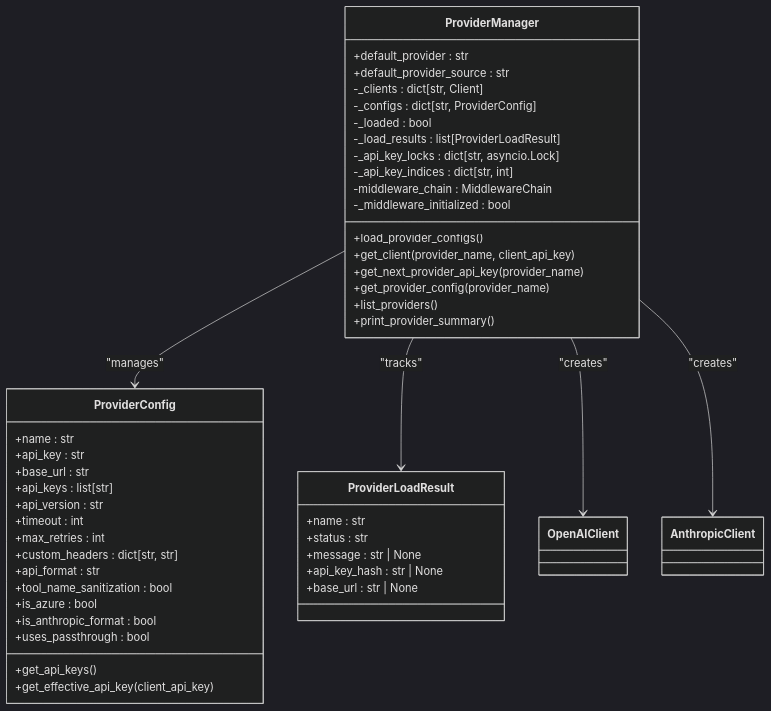
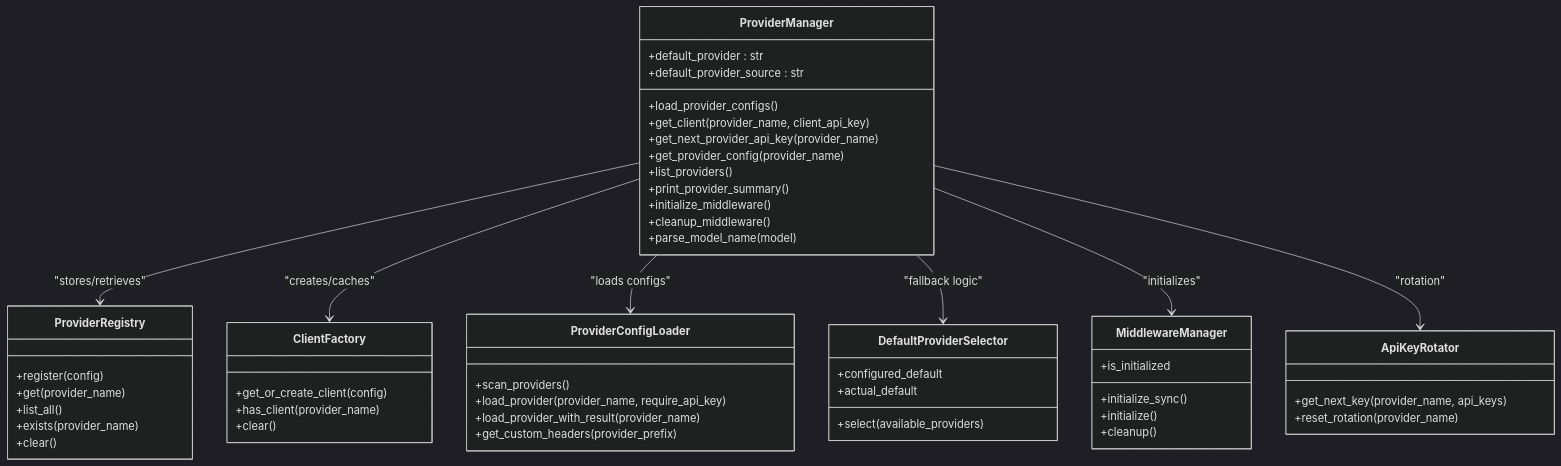
Before and after one commit to CedarVerse/vandamme-proxy: the first of 8 diagrams in .qoder/repowiki/en/content/Core Features/Multi-Provider Support.md, drawn with Mermaid (dark theme). The commit also changed other lines of this file and 9 other files, not shown here.

````diff
--- a/.qoder/repowiki/en/content/Core Features/Multi-Provider Support.md
+++ b/.qoder/repowiki/en/content/Core Features/Multi-Provider Support.md
@@ -39,49 +65,55 @@
 ```mermaid
 classDiagram
 class ProviderManager {
 +default_provider : str
 +default_provider_source : str
--_clients : dict[str, Client]
--_configs : dict[str, ProviderConfig]
--_loaded : bool
--_load_results : list[ProviderLoadResult]
--_api_key_locks : dict[str, asyncio.Lock]
--_api_key_indices : dict[str, int]
--middleware_chain : MiddlewareChain
--_middleware_initialized : bool
 +load_provider_configs()
 +get_client(provider_name, client_api_key)
 +get_next_provider_api_key(provider_name)
 +get_provider_config(provider_name)
 +list_providers()
 +print_provider_summary()
++initialize_middleware()
++cleanup_middleware()
++parse_model_name(model)
 }
-class ProviderConfig {
-+name : str
-+api_key : str
-+base_url : str
-+api_keys : list[str]
-+api_version : str
-+timeout : int
-+max_retries : int
-+custom_headers : dict[str, str]
-+api_format : str
-+tool_name_sanitization : bool
-+is_azure : bool
-+is_anthropic_format : bool
-+uses_passthrough : bool
-+get_api_keys()
-+get_effective_api_key(client_api_key)
+class ProviderRegistry {
++register(config)
++get(provider_name)
++list_all()
++exists(provider_name)
++clear()
 }
-class ProviderLoadResult {
-+name : str
-+status : str
-+message : str | None
-+api_key_hash : str | None
-+base_url : str | None
+class ClientFactory {
++get_or_create_client(config)
++has_client(provider_name)
++clear()
 }
-ProviderManager --> ProviderConfig : "manages"
-ProviderManager --> ProviderLoadResult : "tracks"
-ProviderManager --> OpenAIClient : "creates"
-ProviderManager --> AnthropicClient : "creates"
+class ProviderConfigLoader {
++scan_providers()
++load_provider(provider_name, require_api_key)
++load_provider_with_result(provider_name)
++get_custom_headers(provider_prefix)
+}
+class DefaultProviderSelector {
++select(available_providers)
++configured_default
++actual_default
+}
+class MiddlewareManager {
++initialize_sync()
++initialize()
++cleanup()
++is_initialized
+}
+class ApiKeyRotator {
++get_next_key(provider_name, api_keys)
++reset_rotation(provider_name)
+}
+ProviderManager --> ProviderRegistry : "stores/retrieves"
+ProviderManager --> ClientFactory : "creates/caches"
+ProviderManager --> ProviderConfigLoader : "loads configs"
+ProviderManager --> DefaultProviderSelector : "fallback logic"
+ProviderManager --> MiddlewareManager : "initializes"
+ProviderManager --> ApiKeyRotator : "rotation"
 ```
````
